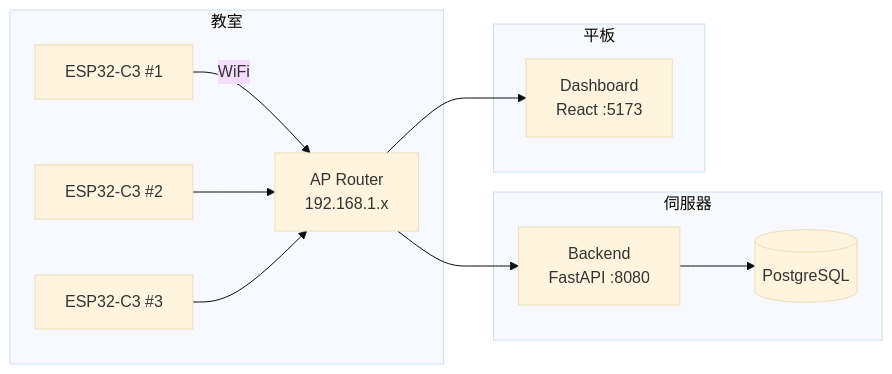
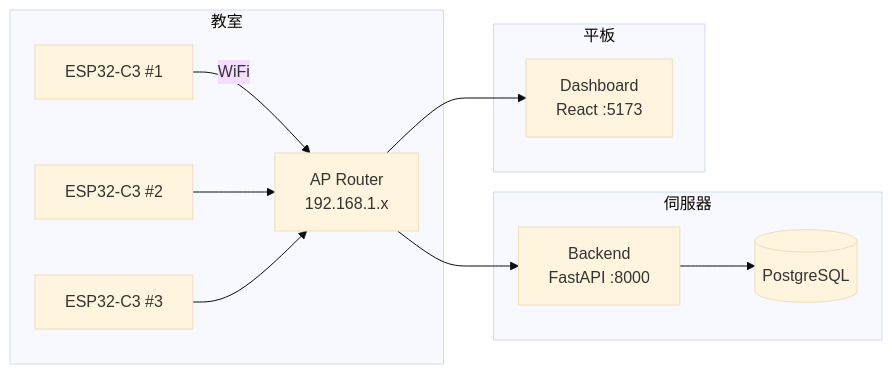
One commit to HMEAYC/NSTC changed the fifth of 5 diagrams in .opencode/plans/development-plan.md. Above: the diagram before and after it, drawn with Mermaid (base theme). The commit also changed other lines of this file and 5 other files, not shown here.

````diff
--- a/.opencode/plans/development-plan.md
+++ b/.opencode/plans/development-plan.md
@@ -1358,17 +1358,17 @@
 ```mermaid
 graph LR
     subgraph Classroom["教室"]
         ESP1[ESP32-C3 #1] -->|WiFi| AP[AP Router<br/>192.168.1.x]
         ESP2[ESP32-C3 #2] --> AP
         ESP3[ESP32-C3 #3] --> AP
     end
 
     subgraph Server["伺服器"]
-        AP --> BACKEND[Backend<br/>FastAPI :8080]
+        AP --> BACKEND[Backend<br/>FastAPI :8000]
         BACKEND --> DB[(PostgreSQL)]
     end
 
     subgraph Tablet["平板"]
         AP --> DASH[Dashboard<br/>React :5173]
     end
 ```
````
